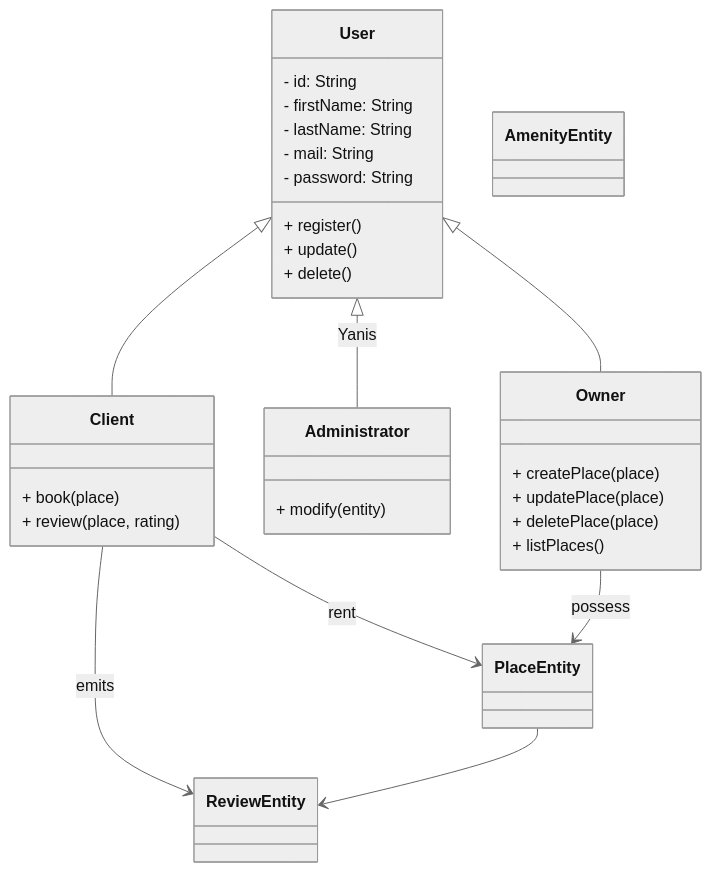
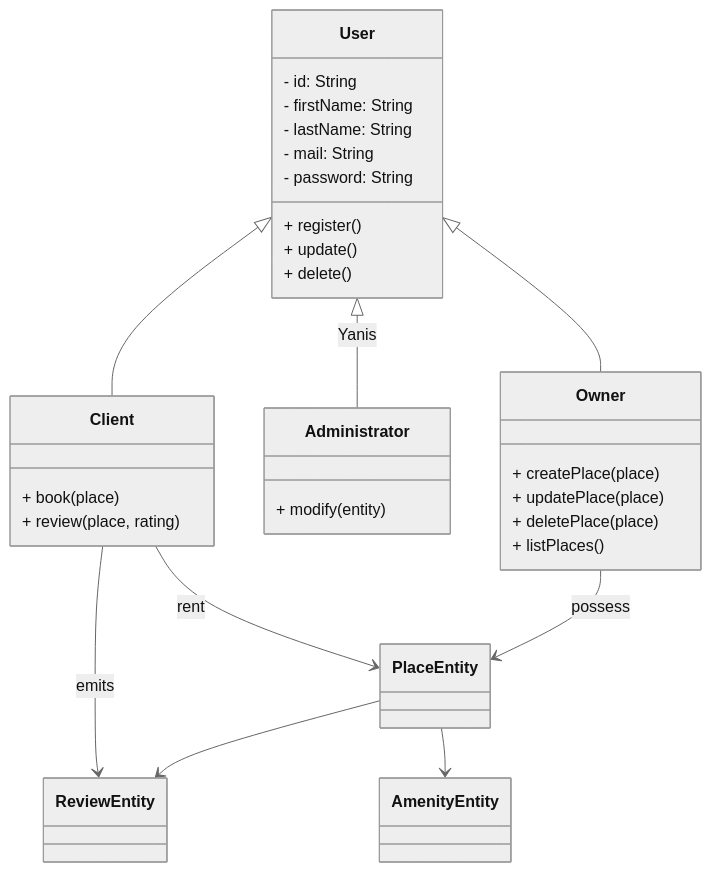
The diagram in task_1.md (LEROY-Yanis/holbertonschool-hbnb), drawn with Mermaid (neutral theme) before and after one commit.

Commit message:
Add relationship from PlaceEntity to AmenityEntity

````diff
--- a/task_1.md
+++ b/task_1.md
@@ -1,47 +1,48 @@
 ```mermaid
 classDiagram
     direction TD
 
     User <|-- Client
     User <|-- Administrator : Yanis
     User <|-- Owner
 
     class User{
         - id: String
         - firstName: String
         - lastName: String
         - mail: String
         - password: String
         + register()
         + update()
         + delete()
     }
 
     class Administrator{
         + modify(entity)
     }
 
     class Client{
         + book(place)
         + review(place, rating)
     }
 
     class Owner{
         + createPlace(place)
         + updatePlace(place)
         + deletePlace(place)
         + listPlaces()
     }
 
     Client --> PlaceEntity : rent
     Client --> ReviewEntity : emits
     Owner --> PlaceEntity : possess
     PlaceEntity --> ReviewEntity
+    PlaceEntity --> AmenityEntity
 
     class AmenityEntity{
     }
     class ReviewEntity{
     }
     class PlaceEntity{
     }
 ```
````
